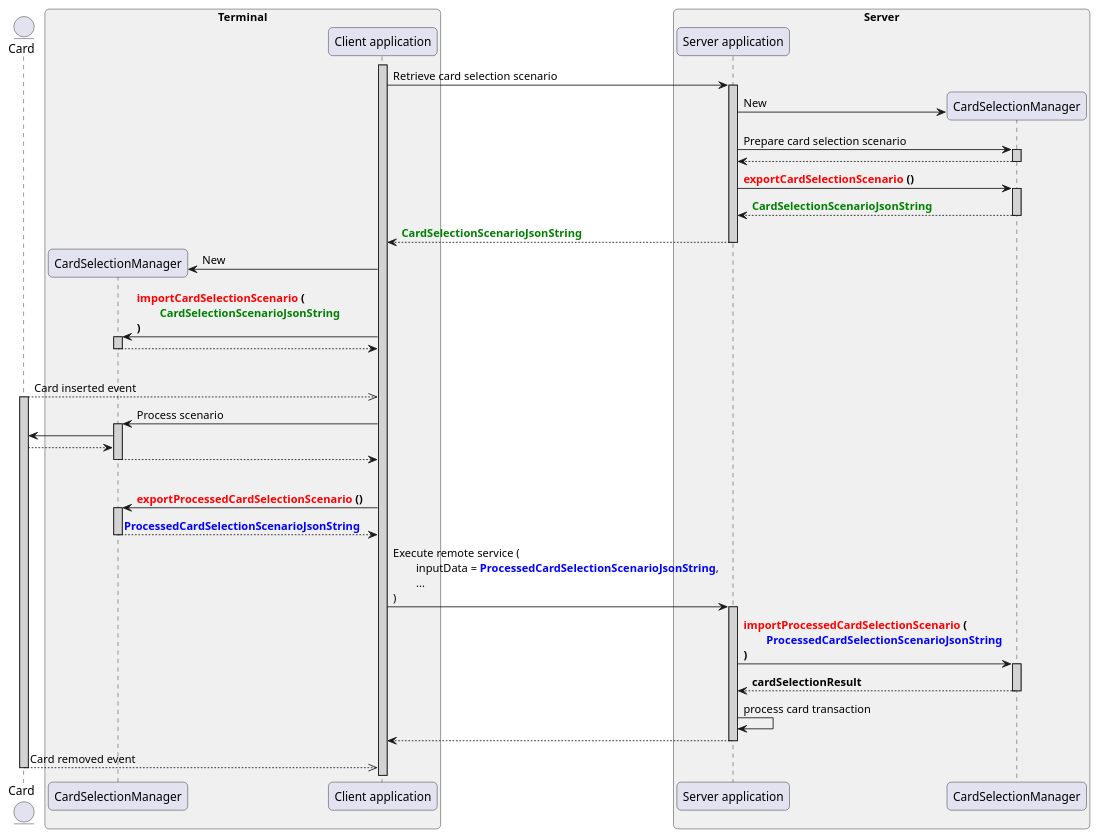
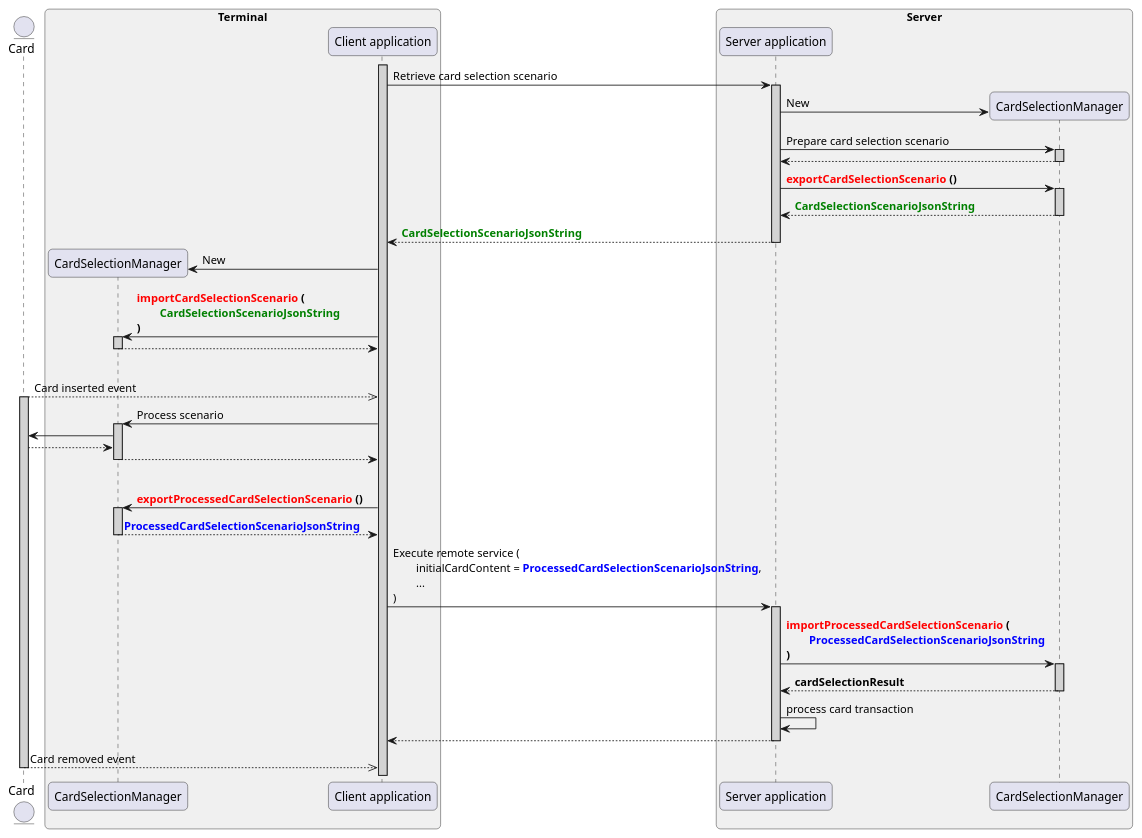
Before and after one commit to eclipse-keyple/keyple-website: the diagram in static/media/learn/user-guide/standalone-application/Sequence_ImportExportScenario.puml, drawn with PlantUML. The commit also changed 11 other files, not shown here.

```diff
--- a/static/media/learn/user-guide/standalone-application/Sequence_ImportExportScenario.puml
+++ b/static/media/learn/user-guide/standalone-application/Sequence_ImportExportScenario.puml
@@ -1,65 +1,65 @@
 @startuml
 
 ' == THEME ==
 
 skinparam RoundCorner 10
 
 ' == CONTENT ==
 
 entity "Card" as card
 box "Terminal" #F0F0F0
 participant "CardSelectionManager" as clientManager
 participant "Client application" as client
 end box
 box "Server" #F0F0F0
 participant "Server application" as server
 participant "CardSelectionManager" as serverManager
 end box
 
 activate client #LightGrey
 client -> server ++ #LightGrey : Retrieve card selection scenario
 
 server -> serverManager ** : New
 
 server -> serverManager ++ #LightGrey : Prepare card selection scenario
 return
 
 server -> serverManager ++ #LightGrey : **<color:red>exportCardSelectionScenario</color> ()**
 return **<color:green>CardSelectionScenarioJsonString</color>**
 
 client <-- server -- : **<color:green>CardSelectionScenarioJsonString</color>**
 
 client -> clientManager ** : New
 
 client -> clientManager ++ #LightGrey : **<color:red>importCardSelectionScenario</color> (**\n\t**<color:green>CardSelectionScenarioJsonString</color>**\n**)**
 return
 
 |||
 
 card -->> client : Card inserted event
 activate card #LightGrey
 
 client -> clientManager ++ #LightGrey : Process scenario
 clientManager -> card
 clientManager <-- card
 return
 
 |||
 
 client -> clientManager ++ #LightGrey : **<color:red>exportProcessedCardSelectionScenario</color> ()**
 return **<color:blue>ProcessedCardSelectionScenarioJsonString</color>**
 
-client -> server ++ #LightGrey : Execute remote service (\n\tinputData = **<color:blue>ProcessedCardSelectionScenarioJsonString</color>**,\n\t...\n)
+client -> server ++ #LightGrey : Execute remote service (\n\tinitialCardContent = **<color:blue>ProcessedCardSelectionScenarioJsonString</color>**,\n\t...\n)
 
 server -> serverManager ++ #LightGrey : **<color:red>importProcessedCardSelectionScenario</color> (**\n\t**<color:blue>ProcessedCardSelectionScenarioJsonString</color>**\n**)**
 return **cardSelectionResult**
 
 server -> server : process card transaction
 
 client <-- server
 deactivate server
 
 card -->> client : Card removed event
 deactivate card
 
 @enduml
```
